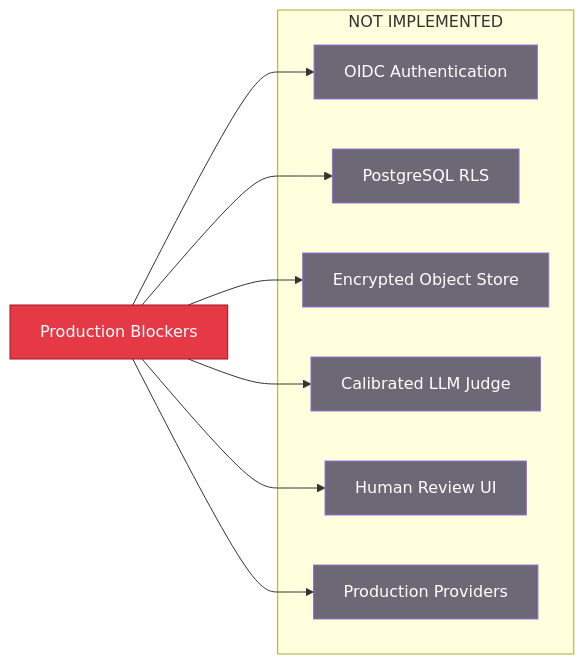
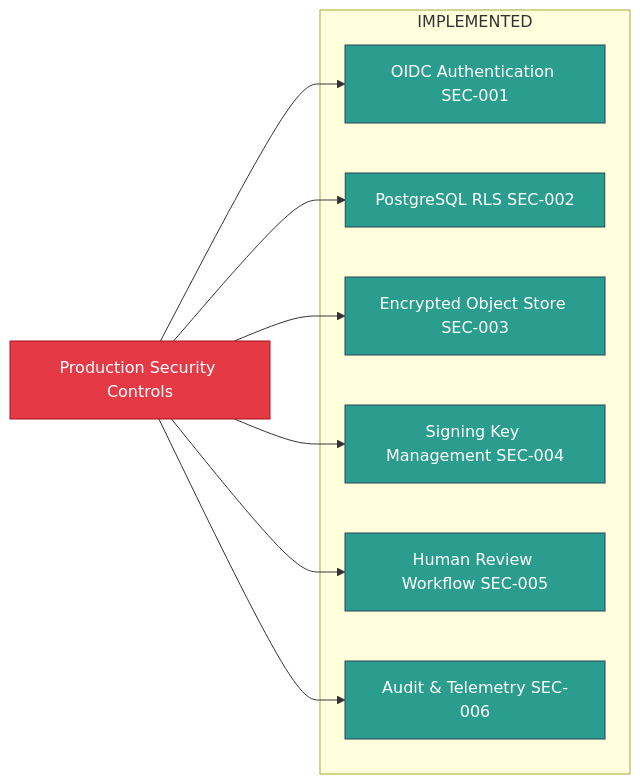
One commit to Runndownn/Wilson-Eval3ngine- changed the ninth of 15 diagrams in README.md. Above: the diagram before and after it, drawn with Mermaid. The commit also changed other lines of this file and 119 other files, not shown here.

````diff
--- a/README.md
+++ b/README.md
@@ -617,25 +886,25 @@
 ```mermaid
 flowchart LR
-    BLOCKER[Production Blockers]
+    BLOCKER[Production Security Controls]
     
-    subgraph MISSING["NOT IMPLEMENTED"]
-        OIDC[OIDC Authentication]
-        RLS[PostgreSQL RLS]
-        OBJ[Encrypted Object Store]
-        JUDGE[Calibrated LLM Judge]
-        REVIEW[Human Review UI]
-        ADAPTER[Production Providers]
+    subgraph IMPLEMENTED["IMPLEMENTED"]
+        OIDC[OIDC Authentication SEC-001]
+        RLS[PostgreSQL RLS SEC-002]
+        OBJ[Encrypted Object Store SEC-003]
+        SIGN[Signing Key Management SEC-004]
+        REVIEW[Human Review Workflow SEC-005]
+        AUDIT[Audit & Telemetry SEC-006]
     end
 
     BLOCKER --> OIDC
     BLOCKER --> RLS
     BLOCKER --> OBJ
-    BLOCKER --> JUDGE
+    BLOCKER --> SIGN
     BLOCKER --> REVIEW
-    BLOCKER --> ADAPTER
+    BLOCKER --> AUDIT
 
     classDef blocker fill:#e63946,stroke:#a41320,color:#fff
-    classDef missing fill:#6d6875,color:#fff
+    classDef implemented fill:#2a9d8f,stroke:#264653,color:#fff
     class BLOCKER blocker
-    class OIDC,RLS,OBJ,JUDGE,REVIEW,ADAPTER missing
+    class OIDC,RLS,OBJ,SIGN,REVIEW,AUDIT implemented
 ```
````
